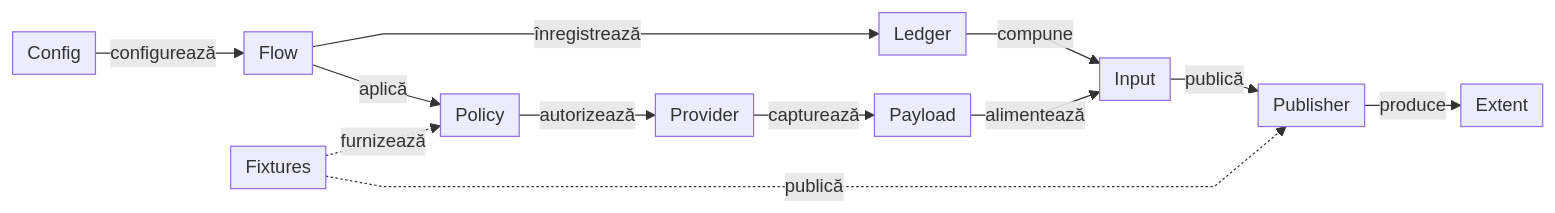
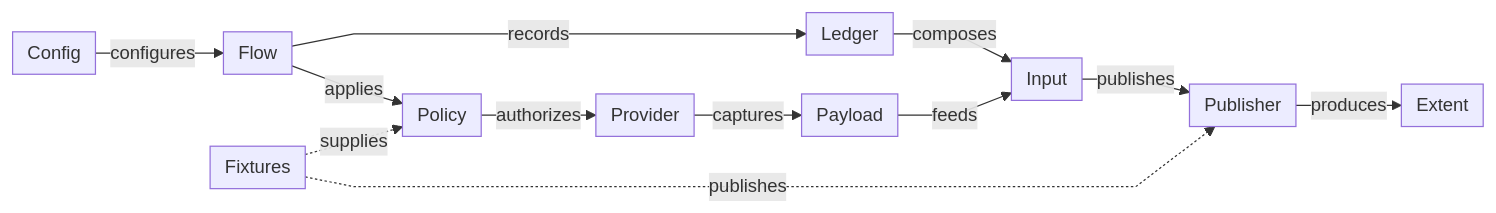
One commit to crististefanita/atf_j0 changed the first of 3 diagrams in docs/ATF_Evidence_Capture_Contract.md. Above: the diagram before and after it, drawn with Mermaid. The commit also changed other lines of this file and 113 other files, not shown here.

````diff
--- a/docs/ATF_Evidence_Capture_Contract.md
+++ b/docs/ATF_Evidence_Capture_Contract.md
@@ -19,15 +22,15 @@
 ```mermaid
 %%{init: {"themeVariables":{"fontSize":"15px"},"themeCSS":".nodeLabel, .nodeLabel p { font-size: 15px !important; line-height: 1.35 !important; } .edgeLabel, .edgeLabel p { font-size: 12px !important; font-weight: 400 !important; line-height: 1.2 !important; } .edgeLabel .labelBkg, .edgeLabel p { background: transparent !important; } .edgeLabel foreignObject { transform: translateY(-18px); overflow: visible; } .node rect { rx: 6px; ry: 6px; }","flowchart":{"curve":"linear","nodeSpacing":24,"rankSpacing":24,"padding":6,"diagramPadding":20}}}%%
 flowchart LR
-    Config["Config"] -->|configurează| Flow["Flow"]
-    Flow -->|înregistrează| Ledger["Ledger"]
-    Flow -->|aplică| Policy["Policy"]
-    Source["Provider"] -->|capturează| Payload["Payload"]
-    Policy -->|autorizează| Source
-    Ledger -->|compune| Input["Input"]
-    Payload -->|alimentează| Input
-    Input -->|publică| Publisher["Publisher"]
-    Publisher -->|produce| Artifact["Extent"]
-    Fixtures["Fixtures"] -. furnizează .-> Policy
-    Fixtures -. publică .-> Publisher
+    Config["Config"] -->|configures| Flow["Flow"]
+    Flow -->|records| Ledger["Ledger"]
+    Flow -->|applies| Policy["Policy"]
+    Source["Provider"] -->|captures| Payload["Payload"]
+    Policy -->|authorizes| Source
+    Ledger -->|composes| Input["Input"]
+    Payload -->|feeds| Input
+    Input -->|publishes| Publisher["Publisher"]
+    Publisher -->|produces| Artifact["Extent"]
+    Fixtures["Fixtures"] -. supplies .-> Policy
+    Fixtures -. publishes .-> Publisher
 ```
````
